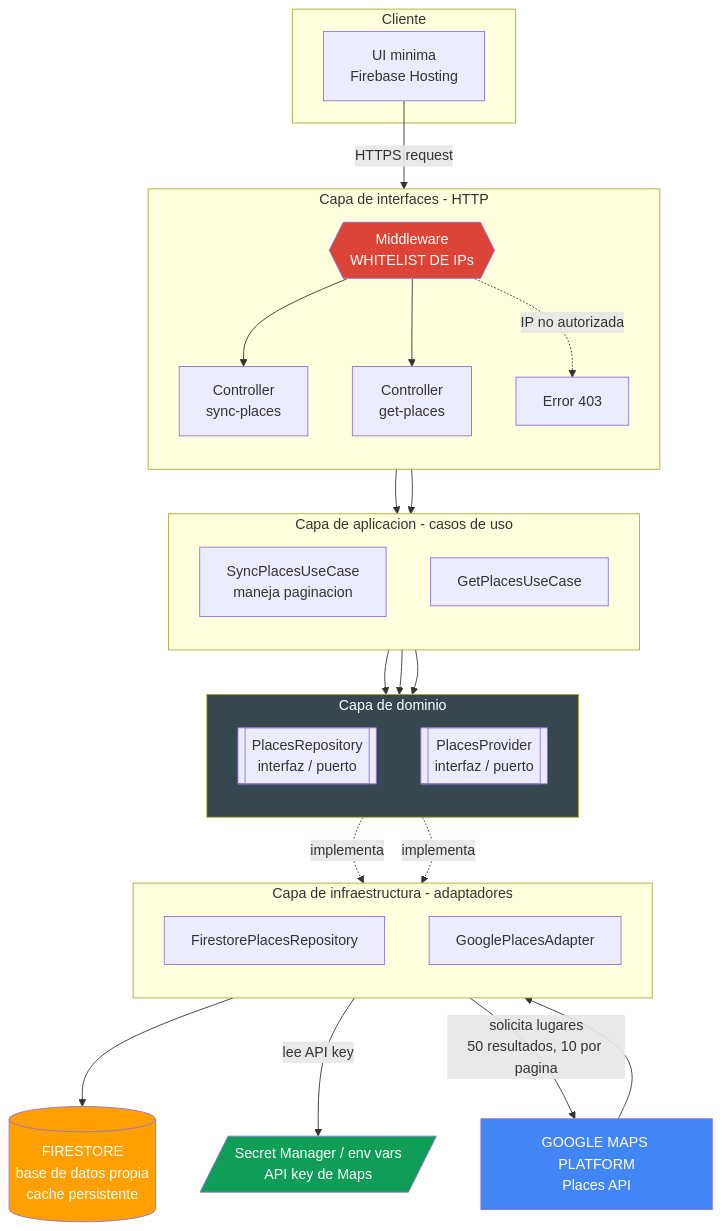
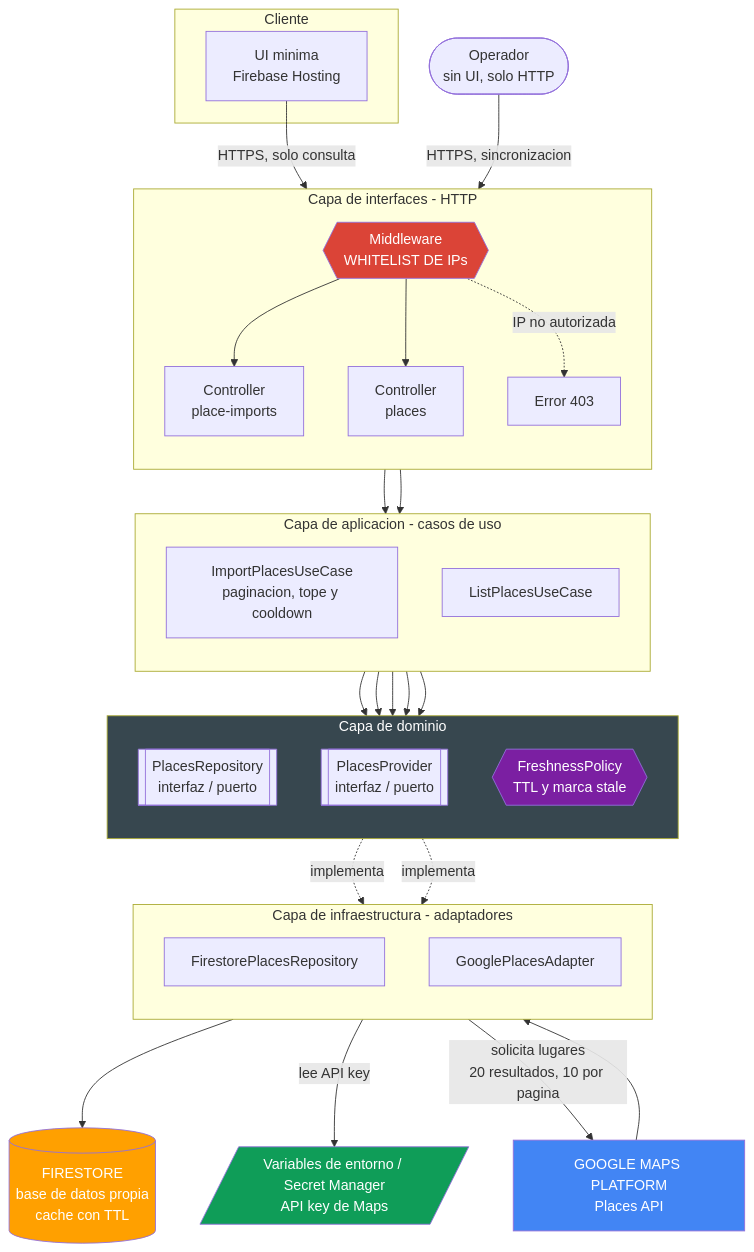
Before and after one commit to JosueSay/medical-specialists-directory: the diagram in README.md, drawn with Mermaid. The commit also changed other lines of this file and 4 other files, not shown here.

````diff
--- a/README.md
+++ b/README.md
@@ -5,57 +32,63 @@
 ```mermaid
 flowchart TB
     subgraph Cliente["Cliente"]
         UI[UI minima<br/>Firebase Hosting]
     end
 
     subgraph Interfaces["Capa de interfaces - HTTP"]
         direction TB
         WL{{"Middleware<br/>WHITELIST DE IPs"}}
-        C1[Controller<br/>sync-places]
-        C2[Controller<br/>get-places]
+        C1[Controller<br/>place-imports]
+        C2[Controller<br/>places]
         WL --> C1
         WL --> C2
         WL -.->|IP no autorizada| ERR[Error 403]
     end
 
     subgraph Application["Capa de aplicacion - casos de uso"]
         direction TB
-        UC1[SyncPlacesUseCase<br/>maneja paginacion]
-        UC2[GetPlacesUseCase]
+        UC1[ImportPlacesUseCase<br/>paginacion, tope y cooldown]
+        UC2[ListPlacesUseCase]
     end
 
     subgraph Domain["Capa de dominio"]
         direction TB
         PR[["PlacesRepository<br/>interfaz / puerto"]]
         PP[["PlacesProvider<br/>interfaz / puerto"]]
+        FP{{"FreshnessPolicy<br/>TTL y marca stale"}}
     end
 
     subgraph Infra["Capa de infraestructura - adaptadores"]
         direction TB
         REPO[FirestorePlacesRepository]
         ADAPTER[GooglePlacesAdapter]
     end
 
-    SM[/"Secret Manager / env vars<br/>API key de Maps"/]
-    DB[("FIRESTORE<br/>base de datos propia<br/>cache persistente")]
+    OPER(["Operador<br/>sin UI, solo HTTP"])
+    SM[/"Variables de entorno / Secret Manager<br/>API key de Maps"/]
+    DB[("FIRESTORE<br/>base de datos propia<br/>cache con TTL")]
     GP["GOOGLE MAPS PLATFORM<br/>Places API"]
 
-    UI -->|HTTPS request| WL
+    UI -->|HTTPS, solo consulta| WL
+    OPER -->|HTTPS, sincronizacion| WL
     C1 --> UC1
     C2 --> UC2
     UC1 --> PR
     UC1 --> PP
+    UC1 --> FP
     UC2 --> PR
+    UC2 --> FP
     PR -.->|implementa| REPO
     PP -.->|implementa| ADAPTER
     REPO --> DB
     ADAPTER -->|lee API key| SM
-    ADAPTER -->|solicita lugares<br/>50 resultados, 10 por pagina| GP
+    ADAPTER -->|solicita lugares<br/>20 resultados, 10 por pagina| GP
     GP --> ADAPTER
 
     style GP fill:#4285F4,color:#fff
     style DB fill:#FFA000,color:#fff
     style WL fill:#DB4437,color:#fff
     style SM fill:#0F9D58,color:#fff
+    style FP fill:#7B1FA2,color:#fff
     style Domain fill:#37474F,color:#fff
 ```
````
